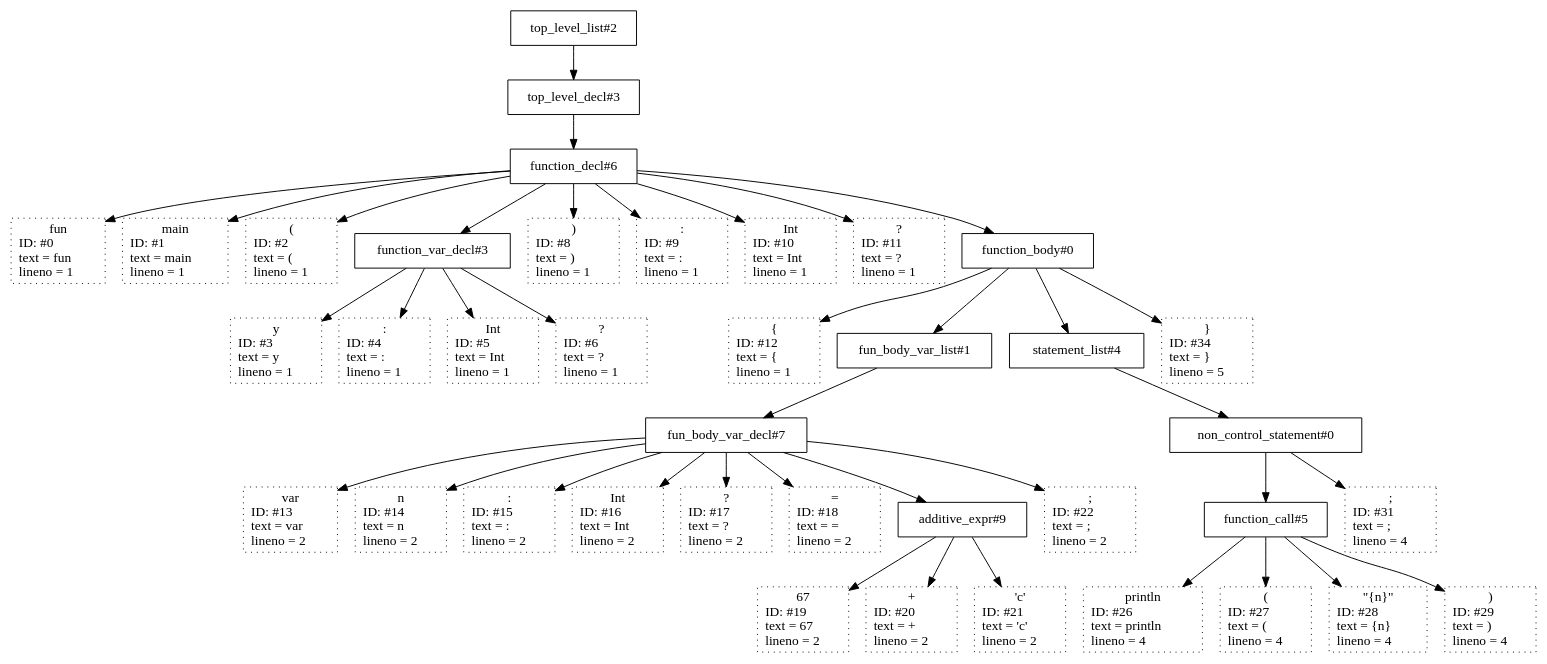
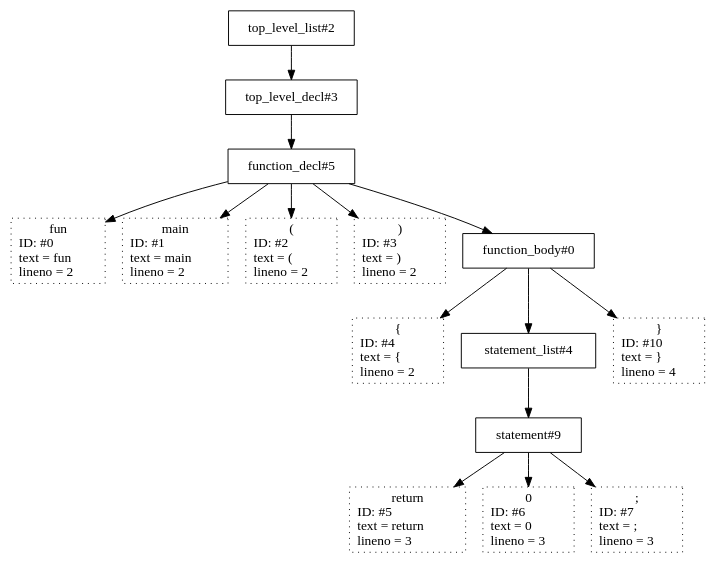
Before and after one commit to JaxenBujy/k0_compiler_group: the diagram in hello_world.kt_tree.dot, drawn with Graphviz. The commit also changed 7 other files, not shown here.

```diff
--- a/hello_world.kt_tree.dot
+++ b/hello_world.kt_tree.dot
@@ -1,79 +1,31 @@
 digraph {
-N38 [shape=box label="top_level_list#2"];
-N38 -> N37;
-N37 [shape=box label="top_level_decl#3"];
-N37 -> N36;
-N36 [shape=box label="function_decl#6"];
-N36 -> N0;
-N0 [shape=box style=dotted label=" fun \n ID: #0 \l text = fun \l lineno = 1\l"];
-N36 -> N1;
-N1 [shape=box style=dotted label=" main \n ID: #1 \l text = main \l lineno = 1\l"];
-N36 -> N2;
-N2 [shape=box style=dotted label=" ( \n ID: #2 \l text = ( \l lineno = 1\l"];
-N36 -> N7;
-N7 [shape=box label="function_var_decl#3"];
-N7 -> N3;
-N3 [shape=box style=dotted label=" y \n ID: #3 \l text = y \l lineno = 1\l"];
-N7 -> N4;
-N4 [shape=box style=dotted label=" : \n ID: #4 \l text = : \l lineno = 1\l"];
-N7 -> N5;
-N5 [shape=box style=dotted label=" Int \n ID: #5 \l text = Int \l lineno = 1\l"];
-N7 -> N6;
-N6 [shape=box style=dotted label=" ? \n ID: #6 \l text = ? \l lineno = 1\l"];
-N36 -> N8;
-N8 [shape=box style=dotted label=" ) \n ID: #8 \l text = ) \l lineno = 1\l"];
-N36 -> N9;
-N9 [shape=box style=dotted label=" : \n ID: #9 \l text = : \l lineno = 1\l"];
-N36 -> N10;
-N10 [shape=box style=dotted label=" Int \n ID: #10 \l text = Int \l lineno = 1\l"];
-N36 -> N11;
-N11 [shape=box style=dotted label=" ? \n ID: #11 \l text = ? \l lineno = 1\l"];
-N36 -> N35;
-N35 [shape=box label="function_body#0"];
-N35 -> N12;
-N12 [shape=box style=dotted label=" { \n ID: #12 \l text = { \l lineno = 1\l"];
-N35 -> N25;
-N25 [shape=box label="fun_body_var_list#1"];
-N25 -> N24;
-N24 [shape=box label="fun_body_var_decl#7"];
-N24 -> N13;
-N13 [shape=box style=dotted label=" var \n ID: #13 \l text = var \l lineno = 2\l"];
-N24 -> N14;
-N14 [shape=box style=dotted label=" n \n ID: #14 \l text = n \l lineno = 2\l"];
-N24 -> N15;
-N15 [shape=box style=dotted label=" : \n ID: #15 \l text = : \l lineno = 2\l"];
-N24 -> N16;
-N16 [shape=box style=dotted label=" Int \n ID: #16 \l text = Int \l lineno = 2\l"];
-N24 -> N17;
-N17 [shape=box style=dotted label=" ? \n ID: #17 \l text = ? \l lineno = 2\l"];
-N24 -> N18;
-N18 [shape=box style=dotted label=" = \n ID: #18 \l text = = \l lineno = 2\l"];
-N24 -> N23;
-N23 [shape=box label="additive_expr#9"];
-N23 -> N19;
-N19 [shape=box style=dotted label=" 67 \n ID: #19 \l text = 67 \l lineno = 2\l"];
-N23 -> N20;
-N20 [shape=box style=dotted label=" + \n ID: #20 \l text = + \l lineno = 2\l"];
-N23 -> N21;
-N21 [shape=box style=dotted label=" 'c' \n ID: #21 \l text = 'c' \l lineno = 2\l"];
-N24 -> N22;
-N22 [shape=box style=dotted label=" ; \n ID: #22 \l text = ; \l lineno = 2\l"];
-N35 -> N33;
-N33 [shape=box label="statement_list#4"];
-N33 -> N32;
-N32 [shape=box label="non_control_statement#0"];
-N32 -> N30;
-N30 [shape=box label="function_call#5"];
-N30 -> N26;
-N26 [shape=box style=dotted label=" println \n ID: #26 \l text = println \l lineno = 4\l"];
-N30 -> N27;
-N27 [shape=box style=dotted label=" ( \n ID: #27 \l text = ( \l lineno = 4\l"];
-N30 -> N28;
-N28 [shape=box style=dotted label=" \"{n}\" \n ID: #28 \l text = {n} \l lineno = 4\l"];
-N30 -> N29;
-N29 [shape=box style=dotted label=" ) \n ID: #29 \l text = ) \l lineno = 4\l"];
-N32 -> N31;
-N31 [shape=box style=dotted label=" ; \n ID: #31 \l text = ; \l lineno = 4\l"];
-N35 -> N34;
-N34 [shape=box style=dotted label=" } \n ID: #34 \l text = } \l lineno = 5\l"];
+N14 [shape=box label="top_level_list#2"];
+N14 -> N13;
+N13 [shape=box label="top_level_decl#3"];
+N13 -> N12;
+N12 [shape=box label="function_decl#5"];
+N12 -> N0;
+N0 [shape=box style=dotted label=" fun \n ID: #0 \l text = fun \l lineno = 2\l"];
+N12 -> N1;
+N1 [shape=box style=dotted label=" main \n ID: #1 \l text = main \l lineno = 2\l"];
+N12 -> N2;
+N2 [shape=box style=dotted label=" ( \n ID: #2 \l text = ( \l lineno = 2\l"];
+N12 -> N3;
+N3 [shape=box style=dotted label=" ) \n ID: #3 \l text = ) \l lineno = 2\l"];
+N12 -> N11;
+N11 [shape=box label="function_body#0"];
+N11 -> N4;
+N4 [shape=box style=dotted label=" { \n ID: #4 \l text = { \l lineno = 2\l"];
+N11 -> N9;
+N9 [shape=box label="statement_list#4"];
+N9 -> N8;
+N8 [shape=box label="statement#9"];
+N8 -> N5;
+N5 [shape=box style=dotted label=" return \n ID: #5 \l text = return \l lineno = 3\l"];
+N8 -> N6;
+N6 [shape=box style=dotted label=" 0 \n ID: #6 \l text = 0 \l lineno = 3\l"];
+N8 -> N7;
+N7 [shape=box style=dotted label=" ; \n ID: #7 \l text = ; \l lineno = 3\l"];
+N11 -> N10;
+N10 [shape=box style=dotted label=" } \n ID: #10 \l text = } \l lineno = 4\l"];
 }
```
